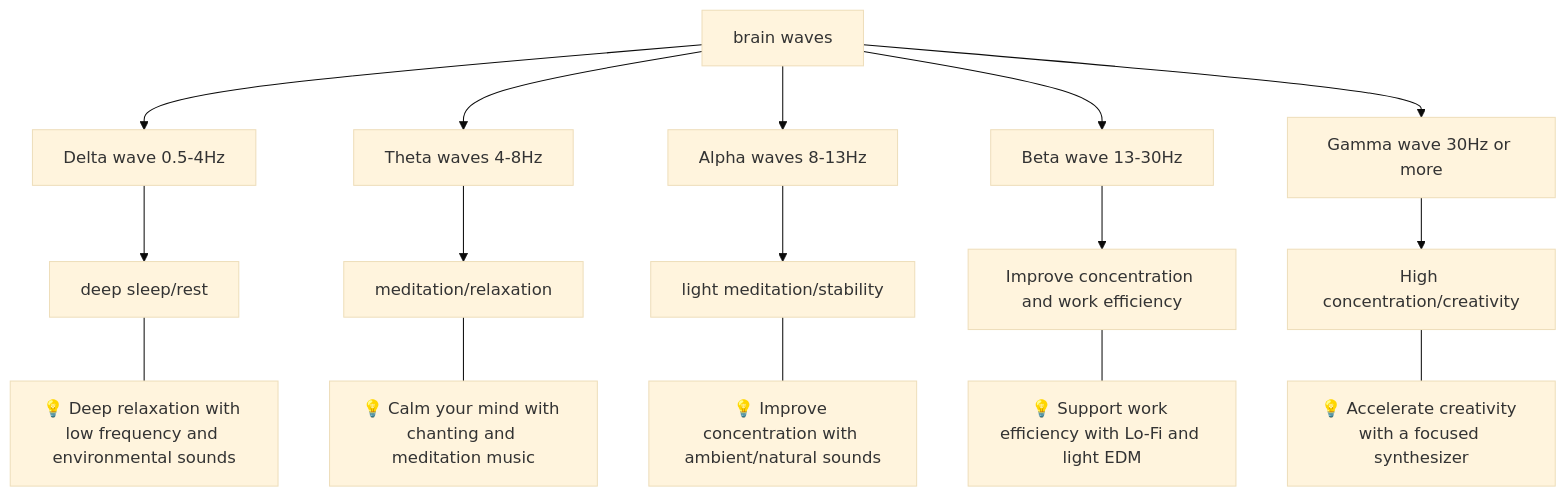
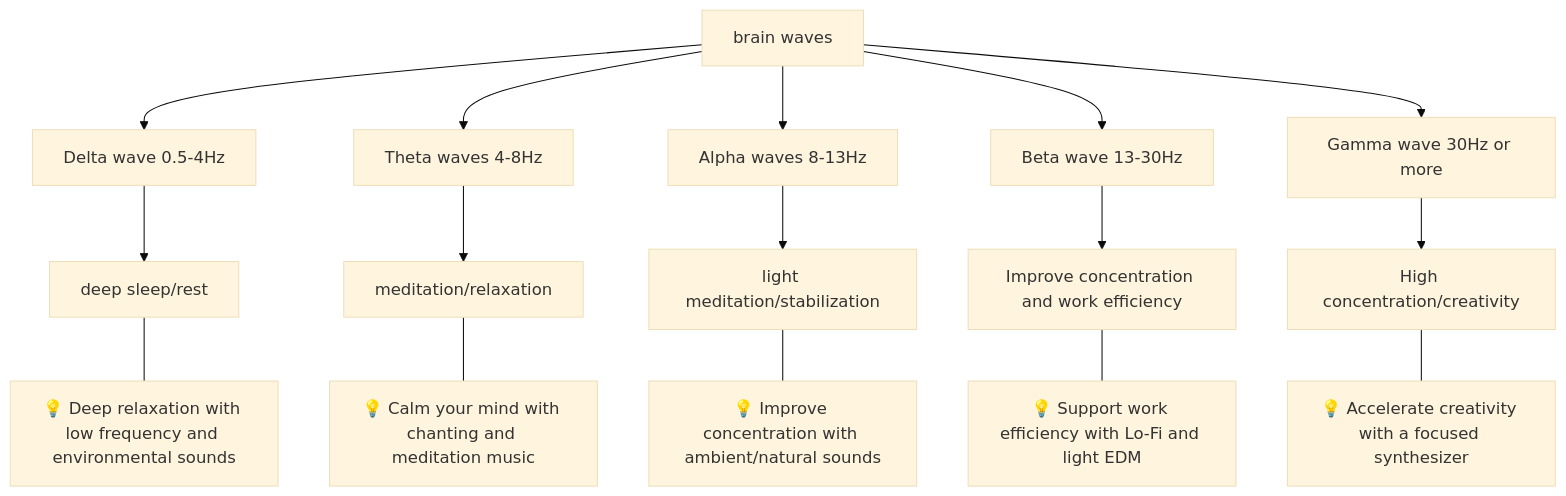
The first of 4 diagrams in en/_posts/2025-11-09-column-yoga-music.md (monumental-movement/monumental-movement.github.io), drawn with Mermaid (base theme) before and after one commit. The commit also changed other lines of this file and 375 other files, not shown here.

```diff
--- a/en/_posts/2025-11-09-column-yoga-music.md
+++ b/en/_posts/2025-11-09-column-yoga-music.md
@@ -117,25 +117,25 @@
 <div class="mermaid">
 
 flowchart TD
     A[brain waves] --> B[Delta wave 0.5-4Hz]
     A --> C[Theta waves 4-8Hz]
     A --> D[Alpha waves 8-13Hz]
     A --> E[Beta wave 13-30Hz]
     A --> F[Gamma wave 30Hz or more]
 
     B --> B1[deep sleep/rest]
     B1 --- BB["💡 Deep relaxation with low frequency and environmental sounds"]
     
     C --> C1[meditation/relaxation]
     C1 --- CC["💡 Calm your mind with chanting and meditation music"]
     
-    D --> D1[light meditation/stability]
+    D --> D1[light meditation/stabilization]
     D1 --- DD["💡 Improve concentration with ambient/natural sounds"]
     
     E --> E1[Improve concentration and work efficiency]
     E1 --- EE["💡 Support work efficiency with Lo-Fi and light EDM"]
     
     F --> F1[High concentration/creativity]
     F1 --- FF["💡 Accelerate creativity with a focused synthesizer"]
 
 </div>
```
